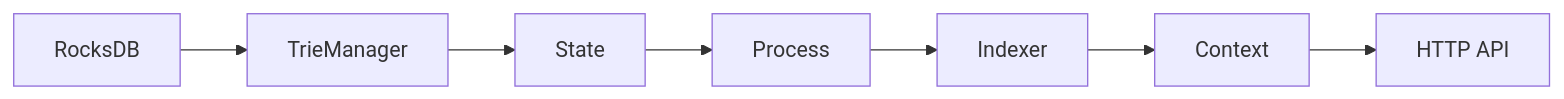
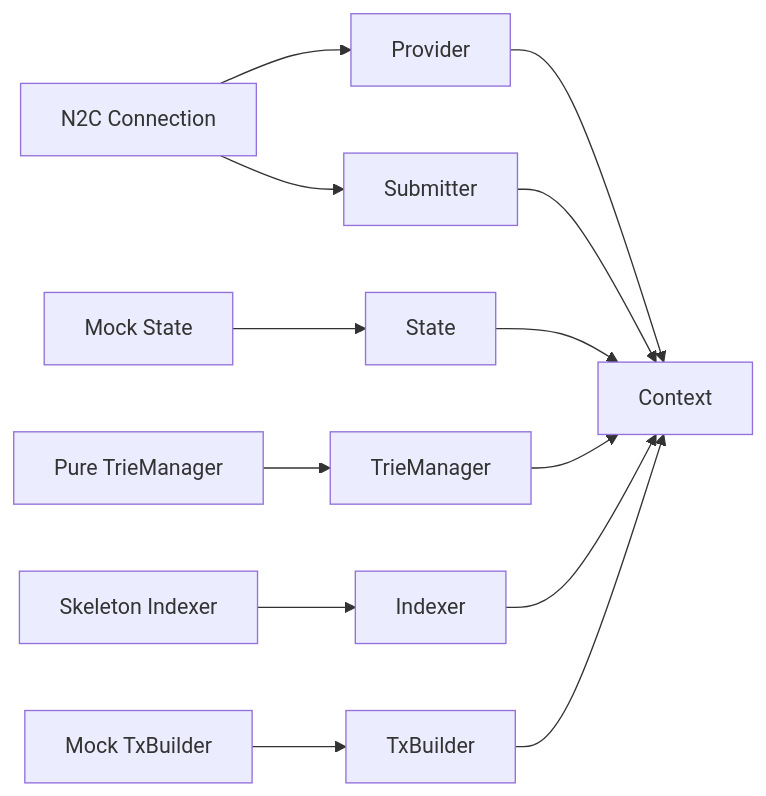
One commit to paolino/haskell-mpf changed the third of 5 diagrams in docs/architecture/overview.md. Above: the diagram before and after it, drawn with Mermaid. The commit also changed other lines of this file and 6 other files, not shown here.

Commit message:
docs: update architecture docs to match current code state

````diff
--- a/docs/architecture/overview.md
+++ b/docs/architecture/overview.md
@@ -59,9 +56,10 @@
 ```mermaid
 graph LR
-    DB["RocksDB"] --> TM["TrieManager"]
-    TM --> ST["State"]
-    ST --> PR["Process"]
-    PR --> IDX["Indexer"]
-    IDX --> CTX["Context"]
-    CTX --> API["HTTP API"]
+    N2C["N2C Connection"] --> PRV["Provider"]
+    N2C --> SUB["Submitter"]
+    MOCK_ST["Mock State"] --> ST["State"]
+    PURE_TM["Pure TrieManager"] --> TM["TrieManager"]
+    SKEL["Skeleton Indexer"] --> IDX["Indexer"]
+    MOCK_TXB["Mock TxBuilder"] --> TXB["TxBuilder"]
+    PRV & SUB & ST & TM & IDX & TXB --> CTX["Context"]
 ```
````
